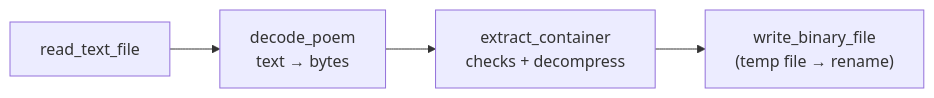
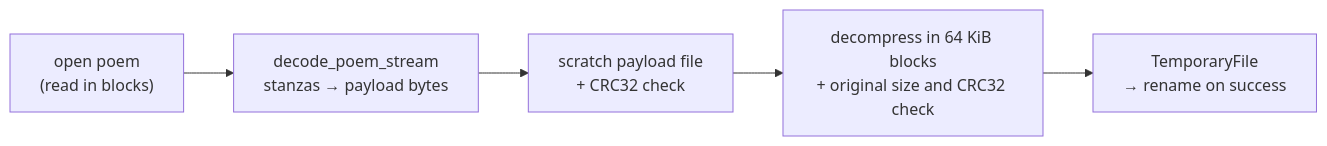
The fourth of 7 diagrams in docs/en/main-flow.md (Viole1/bard-zip), drawn with Mermaid before and after one commit. The commit also changed other lines of this file and 36 other files, not shown here.

````diff
--- a/docs/en/main-flow.md
+++ b/docs/en/main-flow.md
@@ -71,6 +79,7 @@
 ```mermaid
 flowchart LR
-    A["read_text_file"] --> B["decode_poem<br/>text → bytes"]
-    B --> C["extract_container<br/>checks + decompress"]
-    C --> D["write_binary_file<br/>(temp file → rename)"]
+    A["open poem<br/>(read in blocks)"] --> B["decode_poem_stream<br/>stanzas → payload bytes"]
+    B --> C["scratch payload file<br/>+ CRC32 check"]
+    C --> D["decompress in 64 KiB blocks<br/>+ original size and CRC32 check"]
+    D --> E["TemporaryFile<br/>→ rename on success"]
 ```
````
